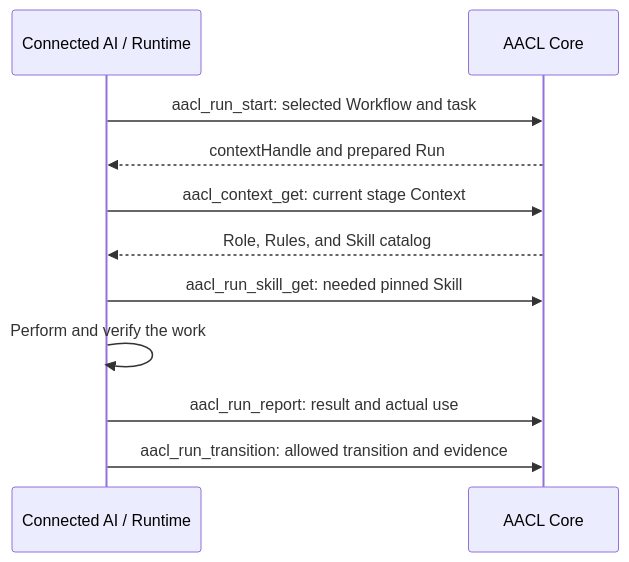
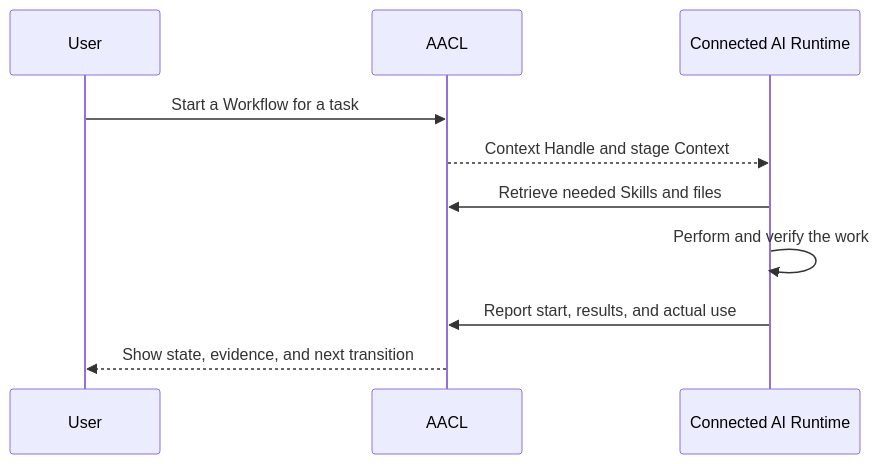
Before and after one commit to Memoria-ll/agent-asset-control-layer-personal: the third of 4 diagrams in README.md, drawn with Mermaid. The commit also changed other lines of this file and 1 other file, not shown here.

First line of the commit message:
docs: focus README on AACL purpose

````diff
--- a/README.md
+++ b/README.md
@@ -152,13 +64,12 @@
 ```mermaid
 sequenceDiagram
-    participant AI as Connected AI / Runtime
-    participant Core as AACL Core
-    AI->>Core: aacl_run_start: selected Workflow and task
-    Core-->>AI: contextHandle and prepared Run
-    AI->>Core: aacl_context_get: current stage Context
-    Core-->>AI: Role, Rules, and Skill catalog
-    AI->>Core: aacl_run_skill_get: needed pinned Skill
-    AI->>AI: Perform and verify the work
-    AI->>Core: aacl_run_report: result and actual use
-    AI->>Core: aacl_run_transition: allowed transition and evidence
+    participant User
+    participant AACL
+    participant Runtime as Connected AI Runtime
+    User->>AACL: Start a Workflow for a task
+    AACL-->>Runtime: Context Handle and stage Context
+    Runtime->>AACL: Retrieve needed Skills and files
+    Runtime->>Runtime: Perform and verify the work
+    Runtime->>AACL: Report start, results, and actual use
+    AACL-->>User: Show state, evidence, and next transition
 ```
````
